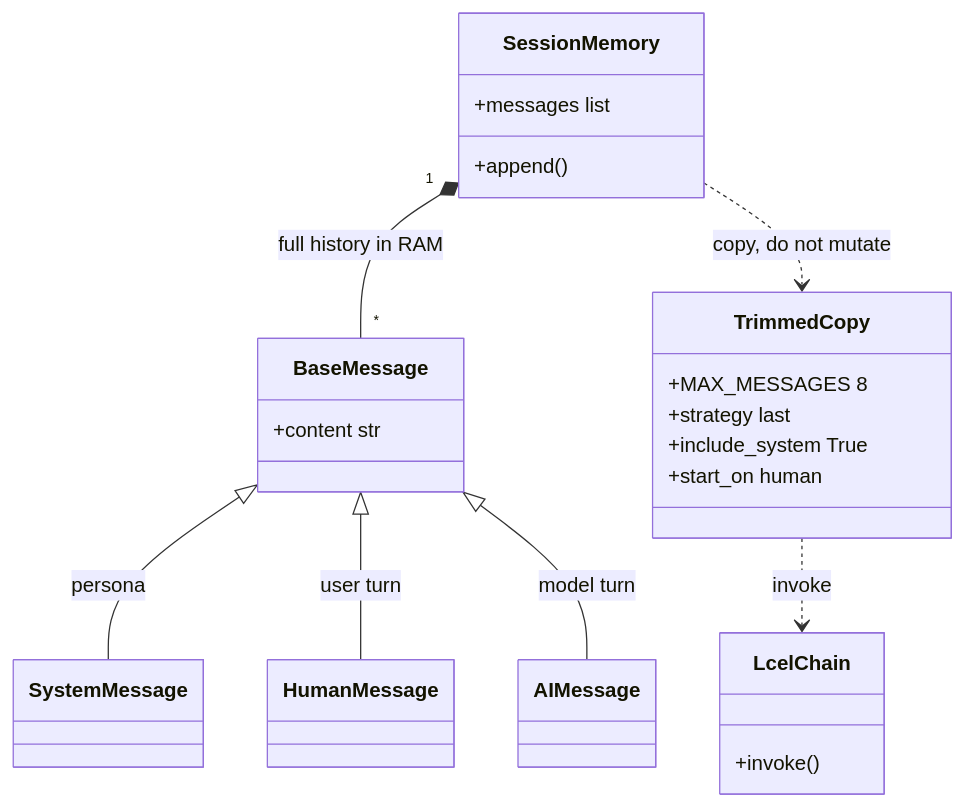
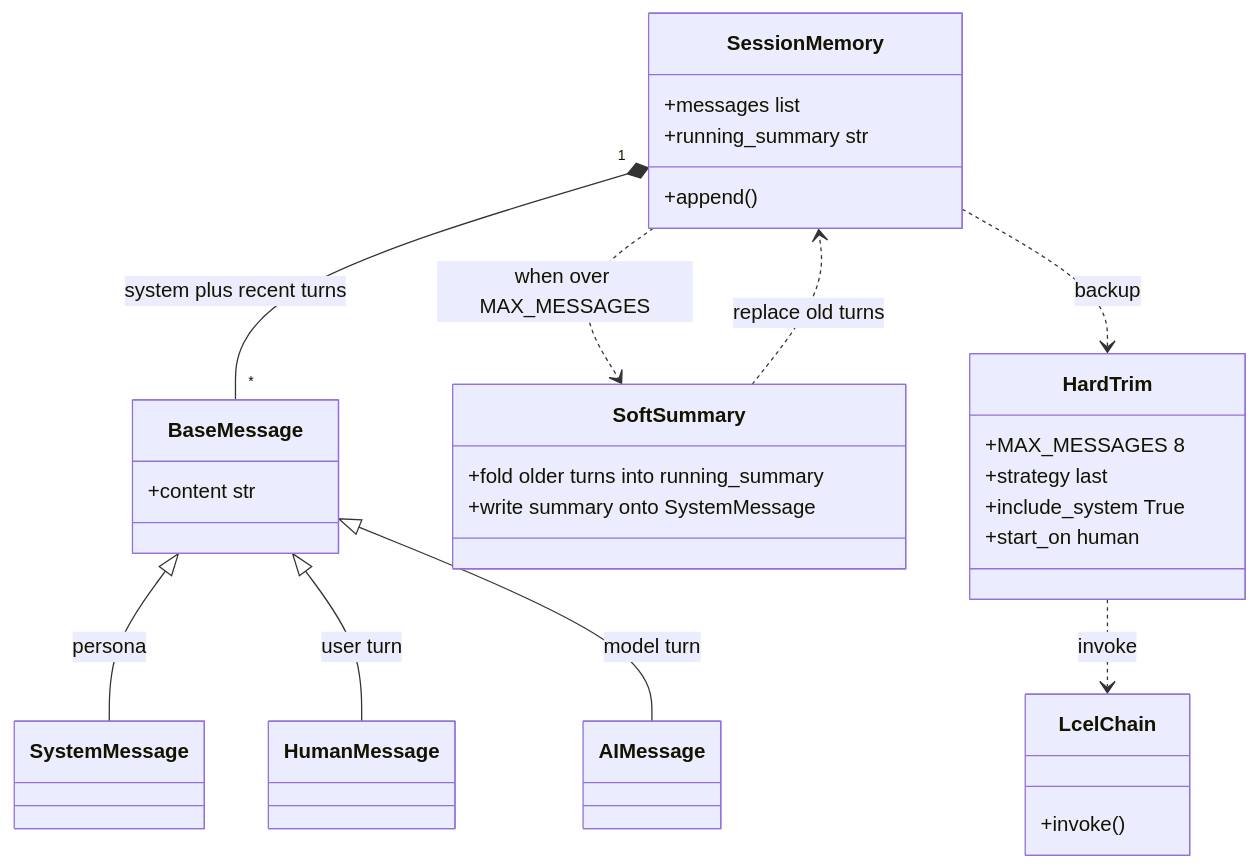
One commit to Marcussyl/langchain-first-chain changed the first of 2 diagrams in study_notes.md. Above: the diagram before and after it, drawn with Mermaid. The commit also changed other lines of this file and 2 other files, not shown here.

Commit message:
feat: implement soft trimming

````diff
--- a/study_notes.md
+++ b/study_notes.md
@@ -124,27 +124,34 @@
 ```mermaid
 classDiagram
     class BaseMessage {
         +content str
     }
     BaseMessage <|-- SystemMessage : persona
     BaseMessage <|-- HumanMessage : user turn
     BaseMessage <|-- AIMessage : model turn
 
     class SessionMemory {
         +messages list
+        +running_summary str
         +append()
     }
-    SessionMemory "1" *-- "*" BaseMessage : full history in RAM
+    SessionMemory "1" *-- "*" BaseMessage : system plus recent turns
 
-    class TrimmedCopy {
+    class SoftSummary {
+        +fold older turns into running_summary
+        +write summary onto SystemMessage
+    }
+    class HardTrim {
         +MAX_MESSAGES 8
         +strategy last
         +include_system True
         +start_on human
     }
     class LcelChain {
         +invoke()
     }
-    SessionMemory ..> TrimmedCopy : copy, do not mutate
-    TrimmedCopy ..> LcelChain : invoke
+    SessionMemory ..> SoftSummary : when over MAX_MESSAGES
+    SoftSummary ..> SessionMemory : replace old turns
+    SessionMemory ..> HardTrim : backup
+    HardTrim ..> LcelChain : invoke
 ```
````
